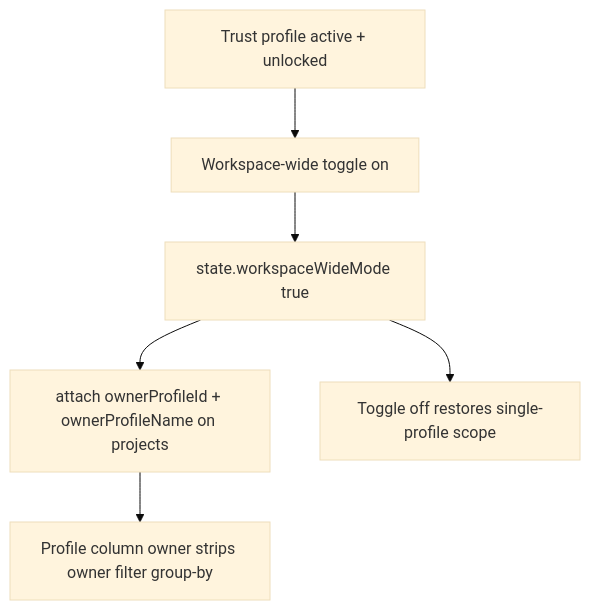
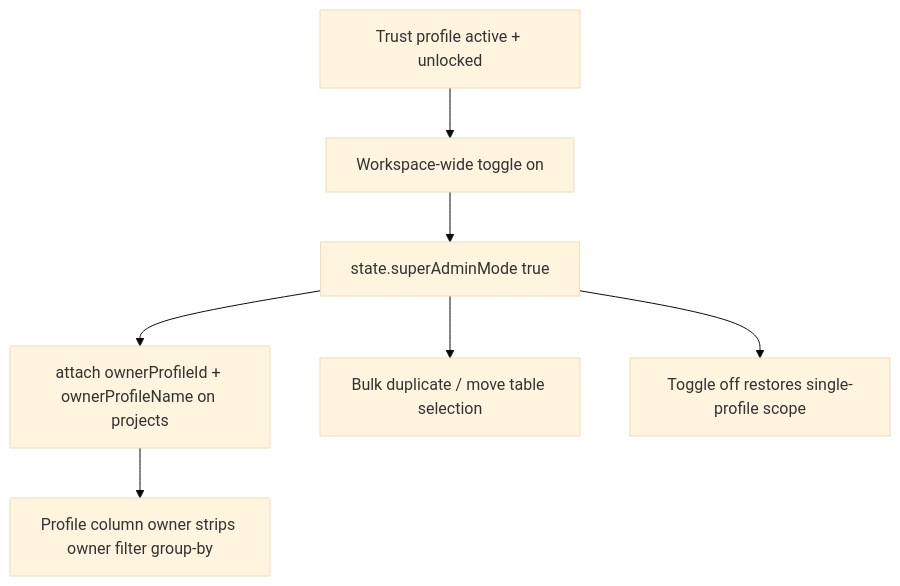
Before and after one commit to RifqiMT/pm-prioritization-tool: the ninth of 11 diagrams in docs/VARIABLES.md, drawn with Mermaid (base theme). The commit also changed other lines of this file and 16 other files, not shown here.

````diff
--- a/docs/VARIABLES.md
+++ b/docs/VARIABLES.md
@@ -318,8 +319,9 @@
 ```mermaid
 flowchart TD
   TRUST[Trust profile active + unlocked] --> TOG[Workspace-wide toggle on]
-  TOG --> FLAG[state.workspaceWideMode true]
+  TOG --> FLAG[state.superAdminMode true]
   FLAG --> META[attach ownerProfileId + ownerProfileName on projects]
   META --> UI[Profile column owner strips owner filter group-by]
+  FLAG --> BULK[Bulk duplicate / move table selection]
   FLAG --> OFF[Toggle off restores single-profile scope]
 ```
````
